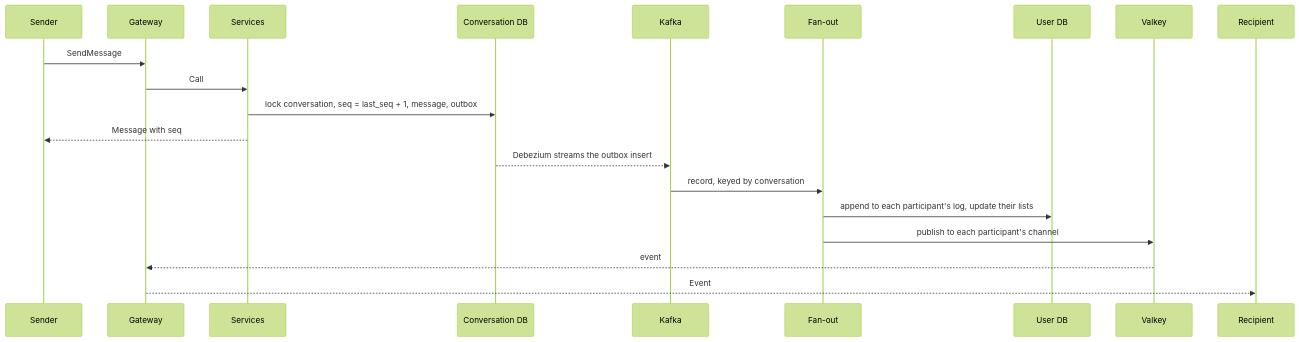
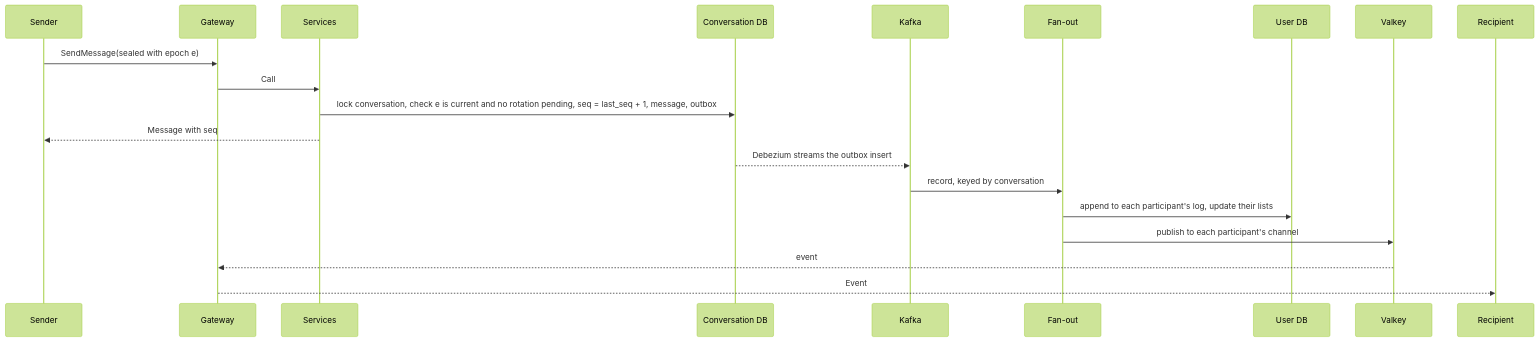
Before and after one commit to vlumi/wrinkle: the fourth of 5 diagrams in docs/architecture.md, drawn with Mermaid (forest theme). The commit also changed other lines of this file and 4 other files, not shown here.

First line of the commit message:
Docs: the feature set and what is solid in the README; choices, the key flow and the current data model in the architecture

````diff
--- a/docs/architecture.md
+++ b/docs/architecture.md
@@ -147,22 +186,22 @@
 ```mermaid
 sequenceDiagram
   participant A as Sender
   participant G as Gateway
   participant S as Services
   participant C as Conversation DB
   participant K as Kafka
   participant F as Fan-out
   participant U as User DB
   participant V as Valkey
   participant B as Recipient
-  A->>G: SendMessage
+  A->>G: SendMessage(sealed with epoch e)
   G->>S: Call
-  S->>C: lock conversation, seq = last_seq + 1, message, outbox
+  S->>C: lock conversation, check e is current and no rotation pending, seq = last_seq + 1, message, outbox
   S-->>A: Message with seq
   C-->>K: Debezium streams the outbox insert
   K->>F: record, keyed by conversation
   F->>U: append to each participant's log, update their lists
   F->>V: publish to each participant's channel
   V-->>G: event
   G-->>B: Event
 ```
````
